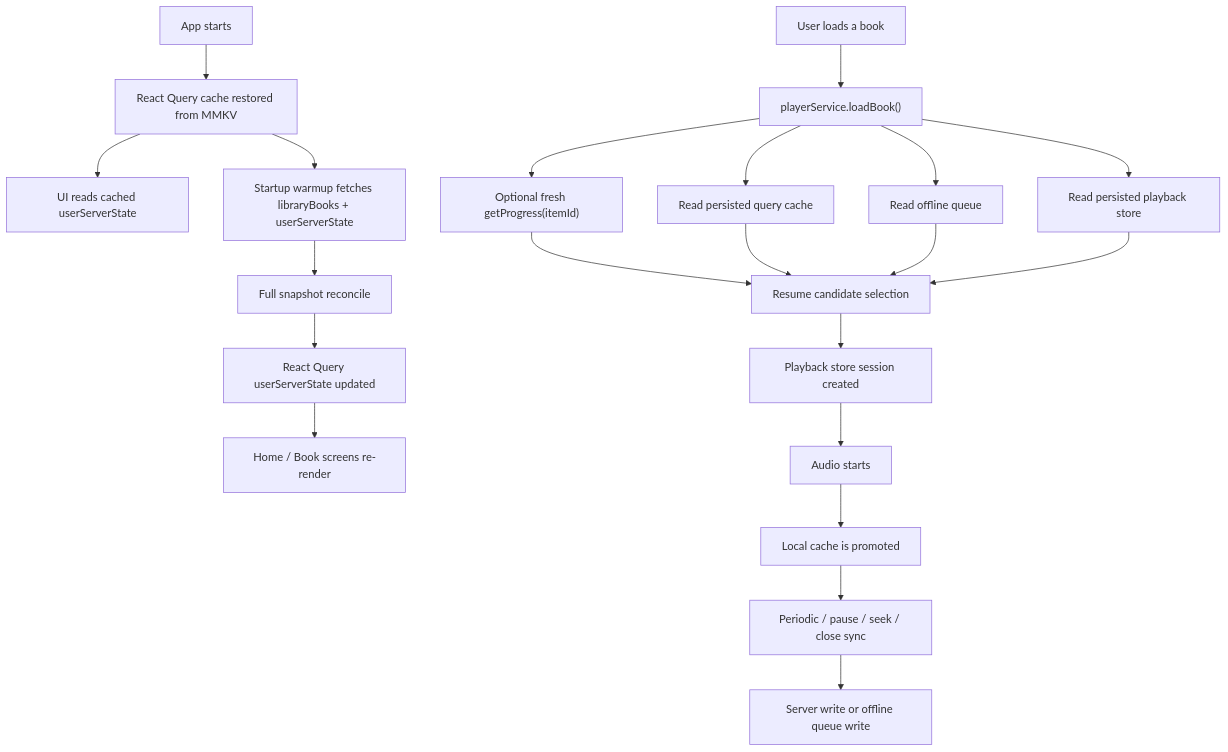
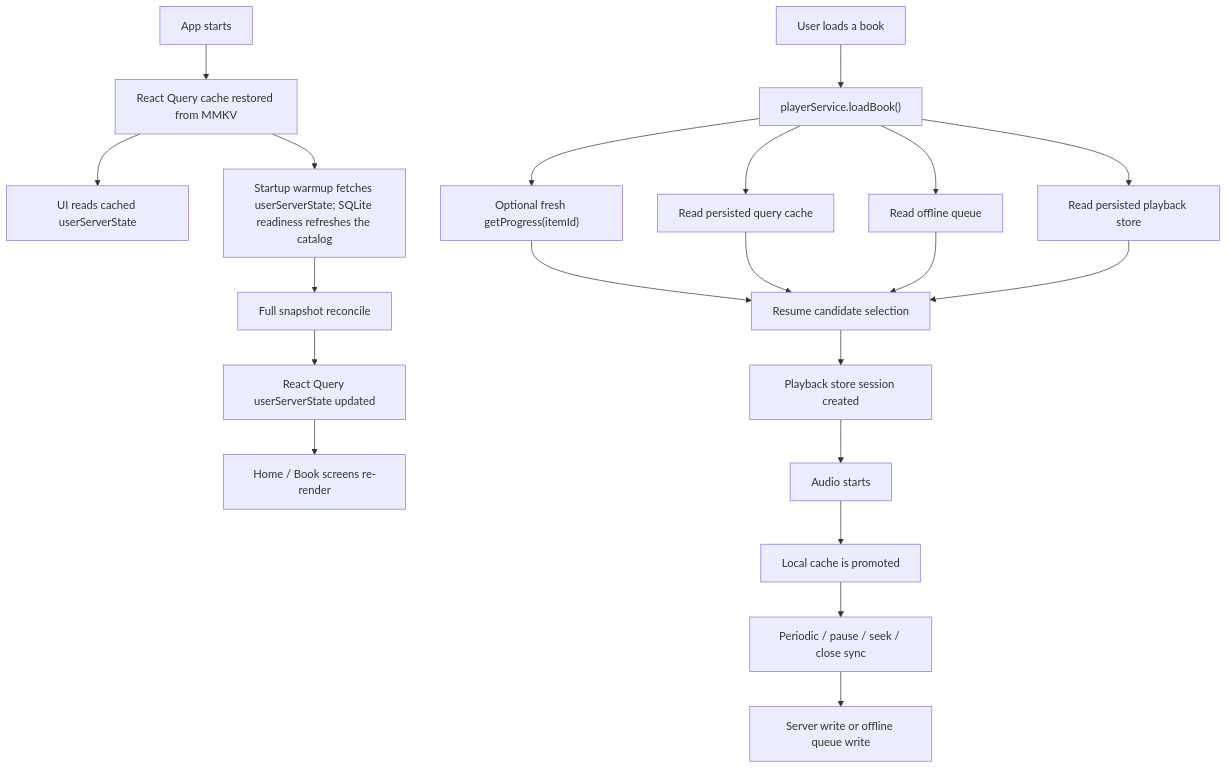
Before and after one commit to markmccoid/laabs_audio: the diagram in docs/progress-cache-lifecycle.md, drawn with Mermaid. The commit also changed other lines of this file and 19 other files, not shown here.

````diff
--- a/docs/progress-cache-lifecycle.md
+++ b/docs/progress-cache-lifecycle.md
@@ -18,24 +18,24 @@
 ```mermaid
 flowchart TD
   A["App starts"] --> B["React Query cache restored from MMKV"]
   B --> C["UI reads cached userServerState"]
-  B --> D["Startup warmup fetches libraryBooks + userServerState"]
+  B --> D["Startup warmup fetches userServerState; SQLite readiness refreshes the catalog"]
   D --> E["Full snapshot reconcile"]
   E --> F["React Query userServerState updated"]
   F --> G["Home / Book screens re-render"]
 
   H["User loads a book"] --> I["playerService.loadBook()"]
   I --> J["Optional fresh getProgress(itemId)"]
   I --> K["Read persisted query cache"]
   I --> L["Read offline queue"]
   I --> M["Read persisted playback store"]
   J --> N["Resume candidate selection"]
   K --> N
   L --> N
   M --> N
   N --> O["Playback store session created"]
   O --> P["Audio starts"]
   P --> Q["Local cache is promoted"]
   Q --> R["Periodic / pause / seek / close sync"]
   R --> S["Server write or offline queue write"]
 ```
````
